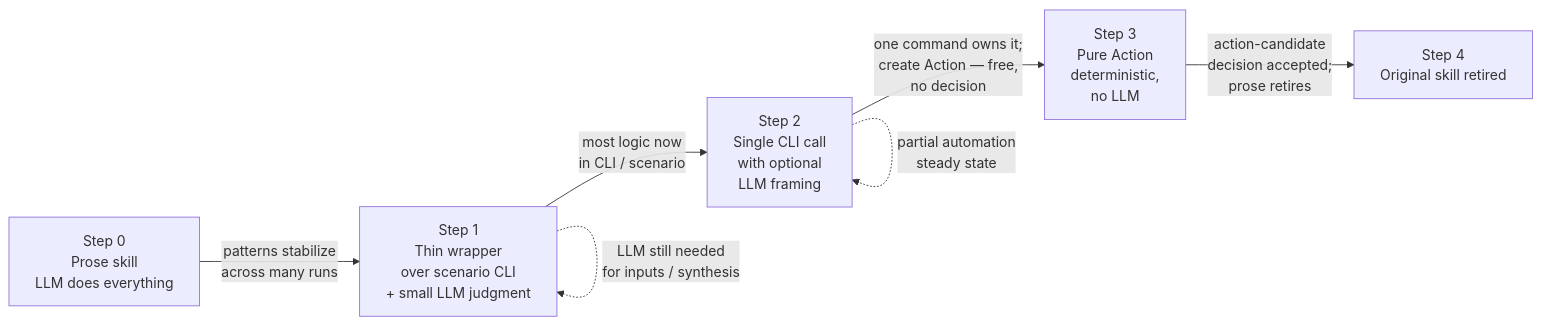
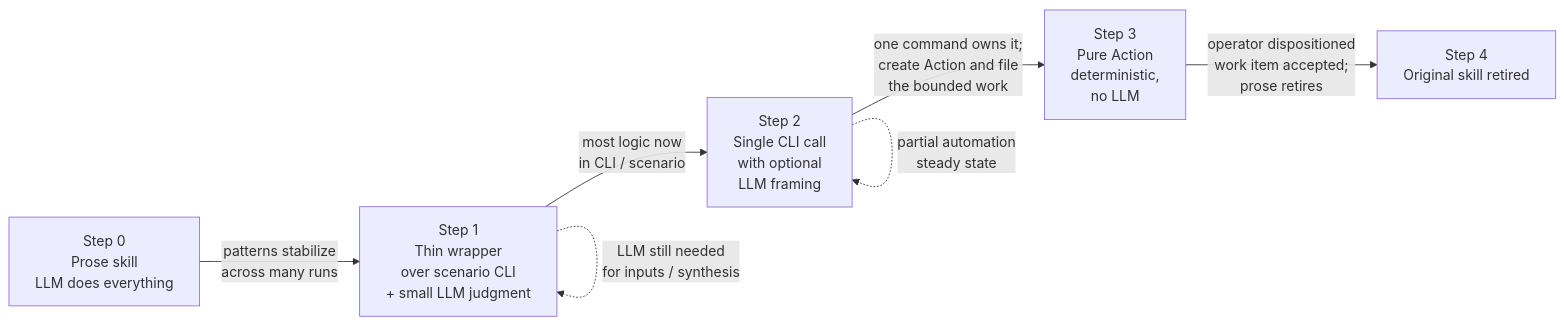
One commit to Vrooli/Vrooli changed the diagram in docs/agent-system/PROMOTION_LADDER.md. Above: the diagram before and after it, drawn with Mermaid. The commit also changed other lines of this file and 540 other files, not shown here.

````diff
--- a/docs/agent-system/PROMOTION_LADDER.md
+++ b/docs/agent-system/PROMOTION_LADDER.md
@@ -19,16 +19,16 @@
 ```mermaid
 flowchart LR
     P0[Step 0<br/>Prose skill<br/>LLM does everything]
     P1[Step 1<br/>Thin wrapper<br/>over scenario CLI<br/>+ small LLM judgment]
     P2[Step 2<br/>Single CLI call<br/>with optional<br/>LLM framing]
     P3[Step 3<br/>Pure Action<br/>deterministic,<br/>no LLM]
     P4[Step 4<br/>Original skill retired]
 
     P0 -->|patterns stabilize<br/>across many runs| P1
     P1 -->|most logic now<br/>in CLI / scenario| P2
-    P2 -->|one command owns it;<br/>create Action — free,<br/>no decision| P3
-    P3 -->|action-candidate<br/>decision accepted;<br/>prose retires| P4
+    P2 -->|one command owns it;<br/>create Action and file<br/>the bounded work| P3
+    P3 -->|operator dispositioned<br/>work item accepted;<br/>prose retires| P4
 
     P1 -.LLM still needed<br/>for inputs / synthesis.-> P1
     P2 -.partial automation<br/>steady state.-> P2
 ```
````
